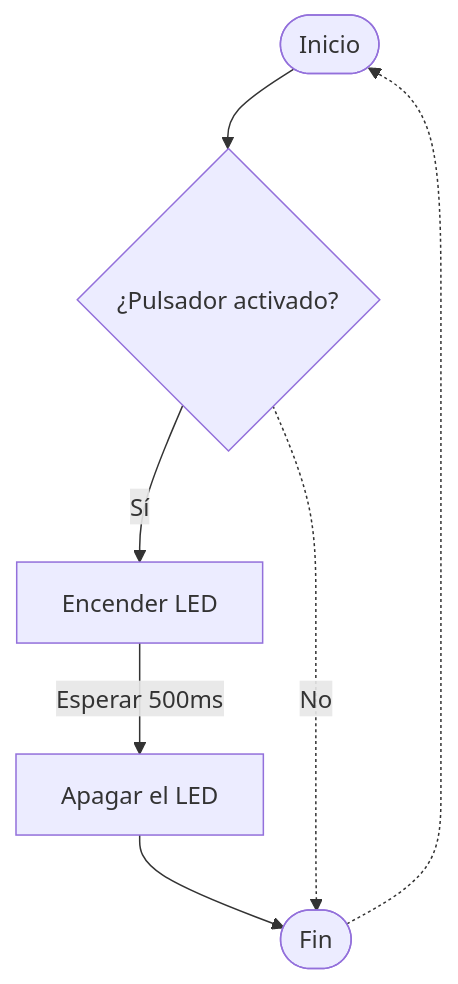
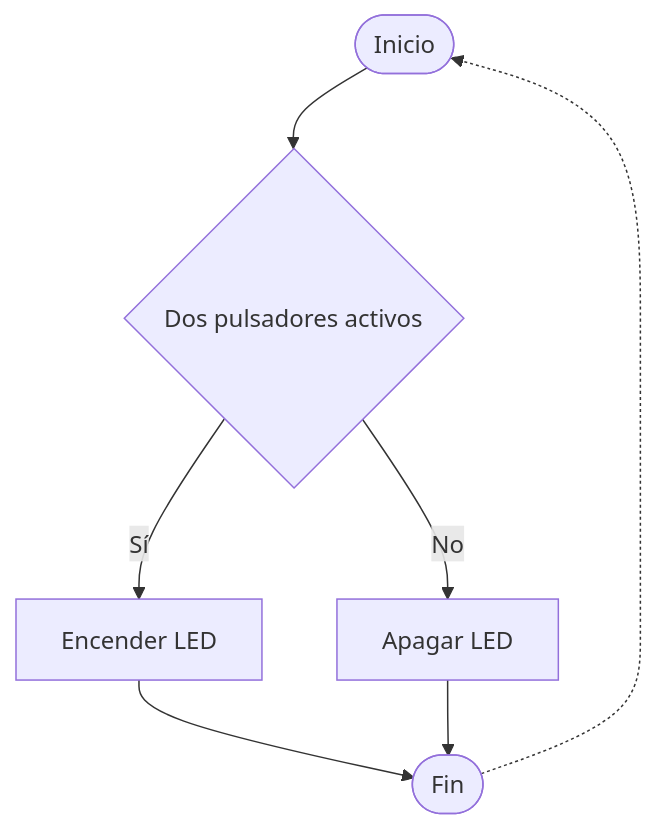
One commit to delthia/lab changed the second of 2 diagrams in docs/arduino/04-pulsador.md. Above: the diagram before and after it, drawn with Mermaid. The commit also changed other lines of this file and 6 other files, not shown here.

Commit message:
Completar parpadeo led + pulsador

````diff
--- a/docs/arduino/04-pulsador.md
+++ b/docs/arduino/04-pulsador.md
@@ -47,8 +58,9 @@
-```mermaid
-flowchart TD
-A([Inicio]) --> B{"¿Pulsador activado?"}
-B -->|Sí| C[Encender LED] -->|Esperar 500ms| E[Apagar el LED]
-E --> F([Fin])
-F -.-> A
-B -.->|No| F
-```
+  ```mermaid
+  flowchart TD
+  A([Inicio]) --> B{"Dos pulsadores activos"}
+  B -->|Sí| C[Encender LED]
+  B -->|No| D[Apagar LED]
+  C --> F([Fin])
+  D --> F
+  F -.-> A
+  ```
````
